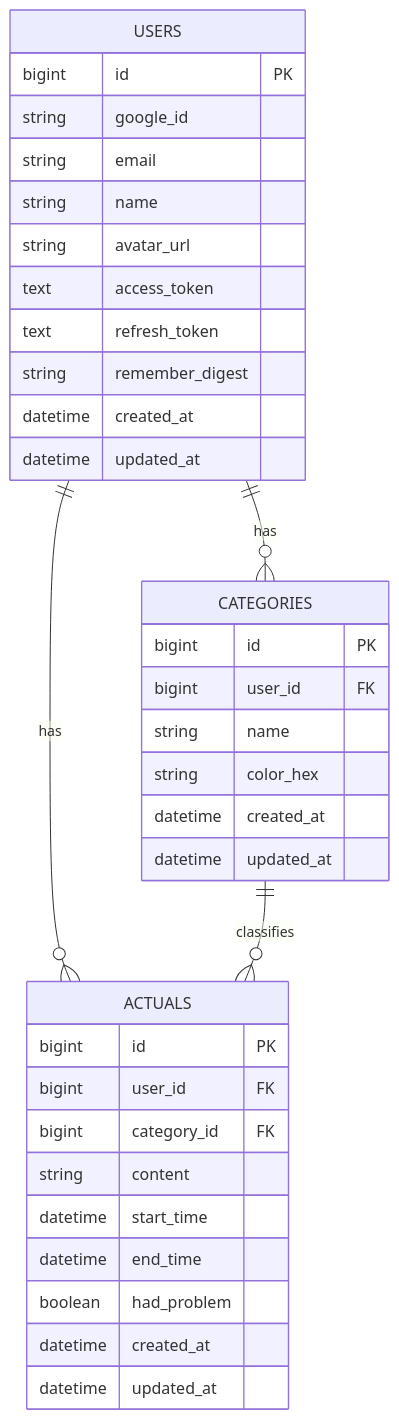
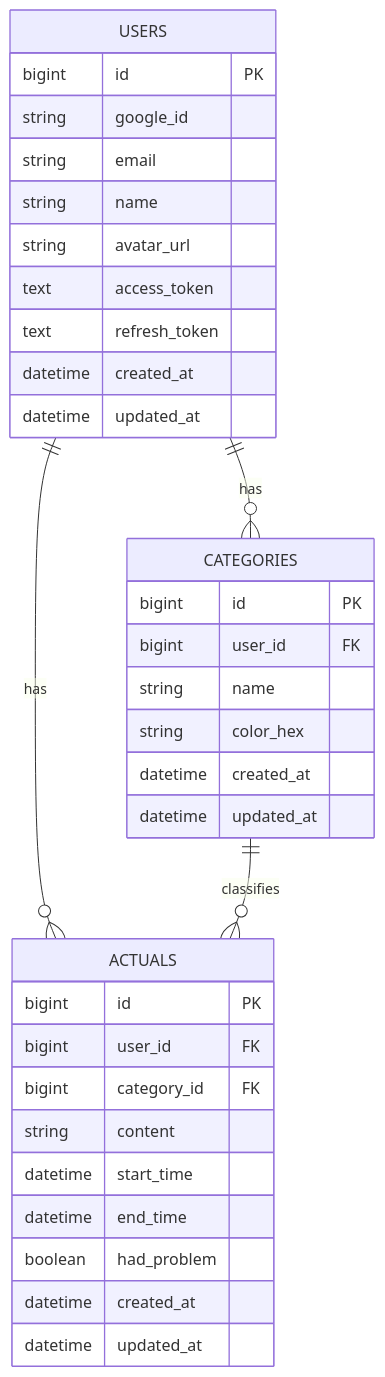
The diagram in docs/specificationDocs/07_database_design.md (dataX-gen26/kino_time_manage_app), drawn with Mermaid before and after one commit. The commit also changed other lines of this file and 6 other files, not shown here.

````diff
--- a/docs/specificationDocs/07_database_design.md
+++ b/docs/specificationDocs/07_database_design.md
@@ -13,40 +13,39 @@
 ```mermaid
 erDiagram
     USERS ||--o{ CATEGORIES : "has"
     USERS ||--o{ ACTUALS : "has"
     CATEGORIES ||--o{ ACTUALS : "classifies"
 
     USERS {
         bigint id PK
         string google_id
         string email
         string name
         string avatar_url
         text access_token
         text refresh_token
-        string remember_digest
         datetime created_at
         datetime updated_at
     }
 
     CATEGORIES {
         bigint id PK
         bigint user_id FK
         string name
         string color_hex
         datetime created_at
         datetime updated_at
     }
 
     ACTUALS {
         bigint id PK
         bigint user_id FK
         bigint category_id FK
         string content
         datetime start_time
         datetime end_time
         boolean had_problem
         datetime created_at
         datetime updated_at
     }
 ```
````
